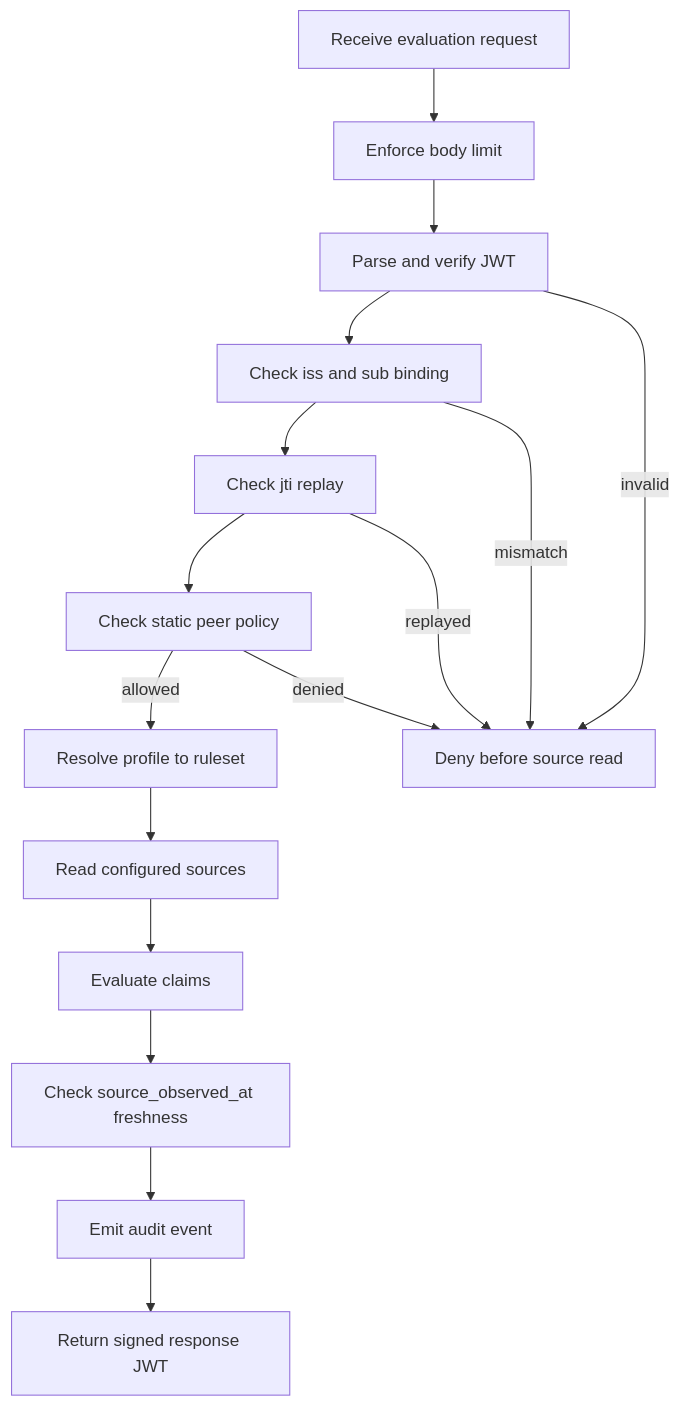
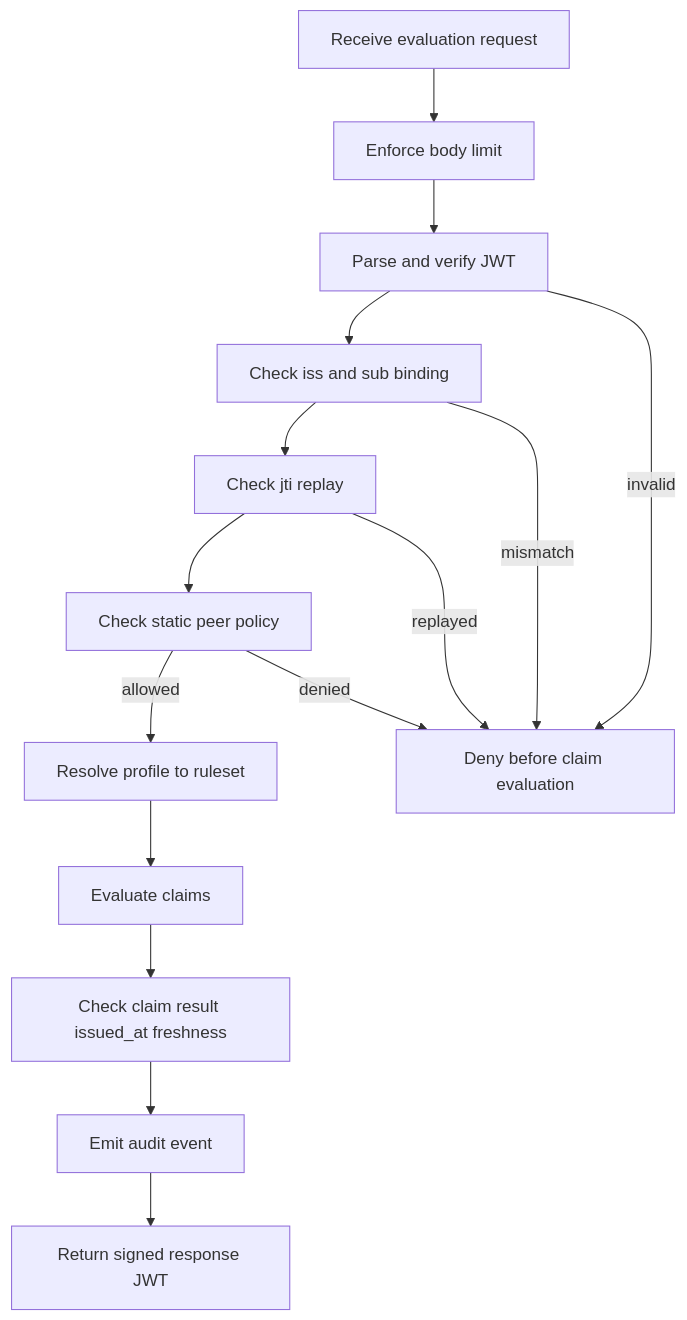
One commit to registrystack/registry-stack changed the fourth of 5 diagrams in products/notary/specs/federated-evaluation-mvp-spec.md. Above: the diagram before and after it, drawn with Mermaid. The commit also changed other lines of this file and 34 other files, not shown here.

````diff
--- a/products/notary/specs/federated-evaluation-mvp-spec.md
+++ b/products/notary/specs/federated-evaluation-mvp-spec.md
@@ -454,23 +455,22 @@
 ```mermaid
 flowchart TD
   Start["Receive evaluation request"]
   Body["Enforce body limit"]
   Jwt["Parse and verify JWT"]
   Bind["Check iss and sub binding"]
   Replay["Check jti replay"]
   Policy["Check static peer policy"]
   Ruleset["Resolve profile to ruleset"]
-  Source["Read configured sources"]
   Eval["Evaluate claims"]
-  Fresh["Check source_observed_at freshness"]
+  Fresh["Check claim result issued_at freshness"]
   Audit["Emit audit event"]
   Sign["Return signed response JWT"]
-  Deny["Deny before source read"]
+  Deny["Deny before claim evaluation"]
 
   Start --> Body --> Jwt --> Bind --> Replay --> Policy
   Jwt -- "invalid" --> Deny
   Bind -- "mismatch" --> Deny
   Replay -- "replayed" --> Deny
   Policy -- "denied" --> Deny
-  Policy -- "allowed" --> Ruleset --> Source --> Eval --> Fresh --> Audit --> Sign
+  Policy -- "allowed" --> Ruleset --> Eval --> Fresh --> Audit --> Sign
 ```
````
